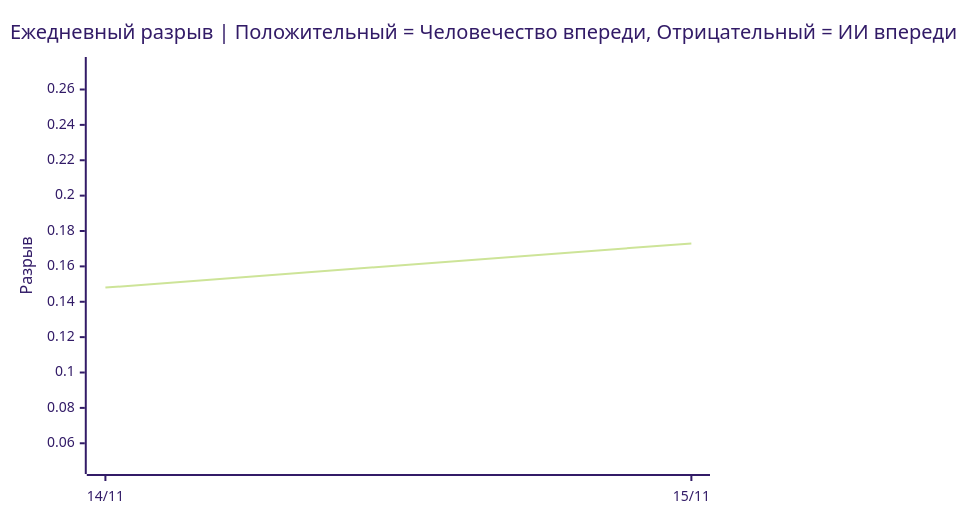
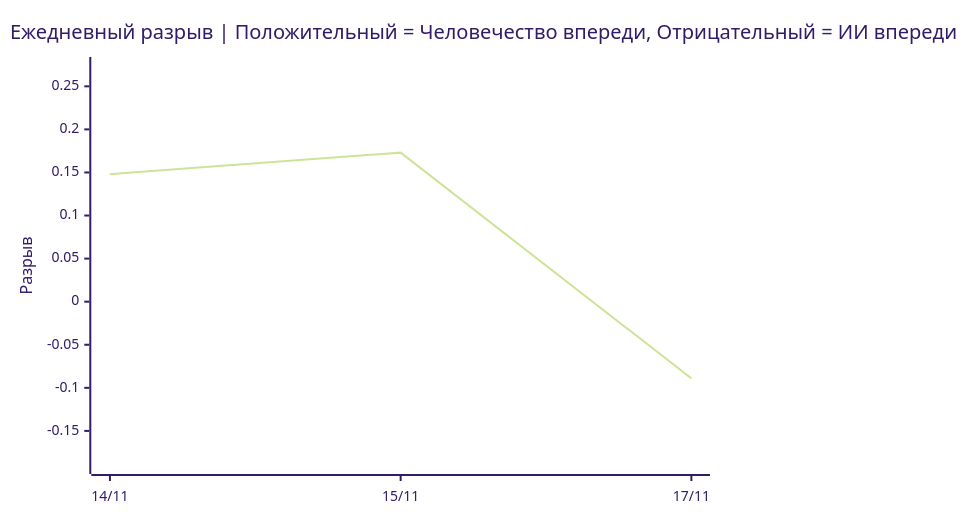
Before and after one commit to VQQLK/Human-AI-Monitor: the third of 3 diagrams in README.ru.md, drawn with Mermaid (forest theme). The commit also changed other lines of this file and 3 other files, not shown here.

````diff
--- a/README.ru.md
+++ b/README.ru.md
@@ -54,7 +54,7 @@
 ```mermaid
 xychart-beta
     title "Ежедневный разрыв | Положительный = Человечество впереди, Отрицательный = ИИ впереди"
-    x-axis ["14/11", "15/11"]
-    y-axis "Разрыв" 0.048 --> 0.273
-    line [0.148, 0.173]
+    x-axis ["14/11", "15/11", "17/11"]
+    y-axis "Разрыв" -0.189 --> 0.273
+    line [0.148, 0.173, -0.089]
 ```
````
